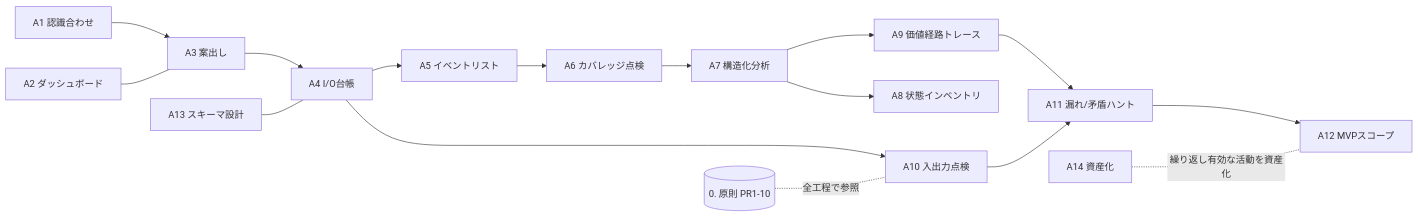
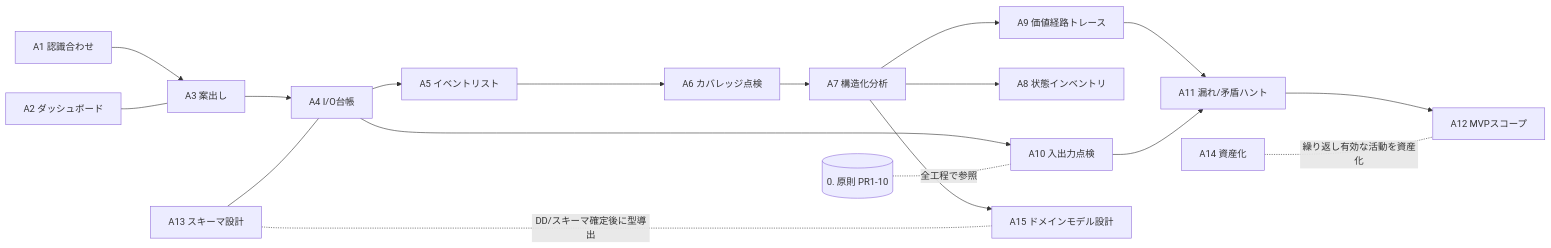
Before and after one commit to hiratashinnya/review-system: the diagram in docs/methods/method-inventory.md, drawn with Mermaid. The commit also changed other lines of this file and 15 other files, not shown here.

````diff
--- a/docs/methods/method-inventory.md
+++ b/docs/methods/method-inventory.md
@@ -156,18 +165,20 @@
 ```mermaid
 flowchart LR
   A1[A1 認識合わせ] --> A3[A3 案出し]
   A2[A2 ダッシュボード] --- A3
   A3 --> A4[A4 I/O台帳]
   A4 --> A5[A5 イベントリスト]
   A5 --> A6[A6 カバレッジ点検]
   A4 --> A10[A10 入出力点検]
   A6 --> A7[A7 構造化分析]
   A7 --> A8[A8 状態インベントリ]
   A7 --> A9[A9 価値経路トレース]
   A9 --> A11[A11 漏れ/矛盾ハント]
   A10 --> A11
   A11 --> A12[A12 MVPスコープ]
   A13[A13 スキーマ設計] --- A4
+  A7 --> A15[A15 ドメインモデル設計]
+  A13 -.DD/スキーマ確定後に型導出.- A15
   A14[A14 資産化] -.繰り返し有効な活動を資産化.- A12
   PR[(0. 原則 PR1-10)] -.全工程で参照.- A10
 ```
````
